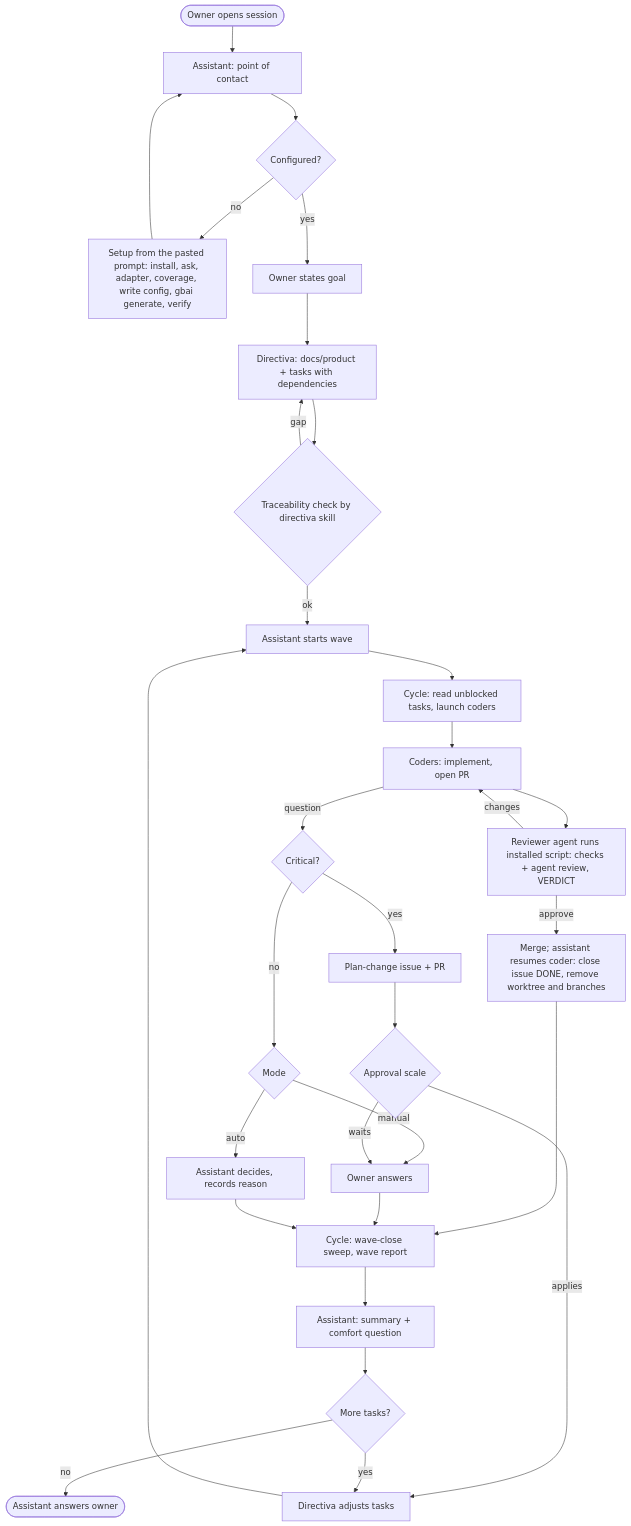
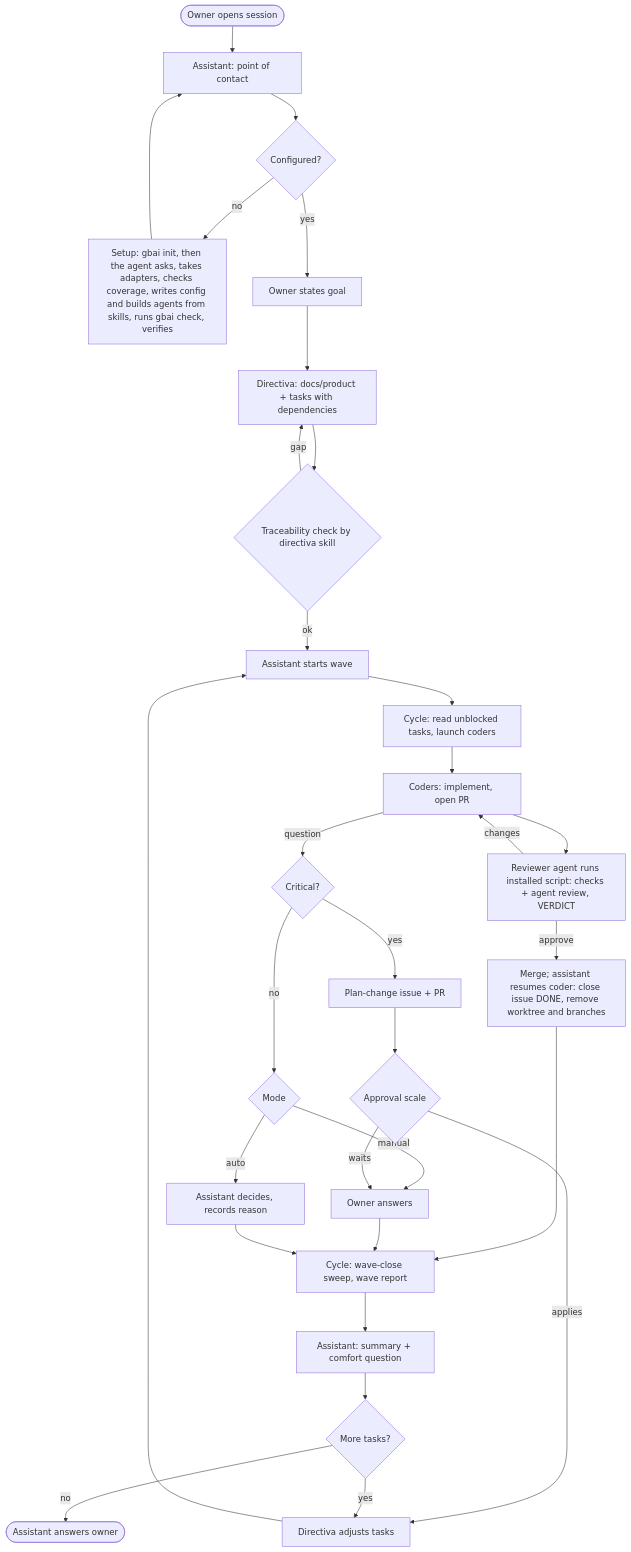
The diagram in docs/product/APP_FLOW.md (testeos-z/gabo-ai), drawn with Mermaid before and after one commit. The commit also changed other lines of this file and 5 other files, not shown here.

First line of the commit message:
docs(product): shrink the CLI to init, check and version; agents build from skills

````diff
--- a/docs/product/APP_FLOW.md
+++ b/docs/product/APP_FLOW.md
@@ -212,33 +218,33 @@
 ```mermaid
 flowchart TD
   start([Owner opens session]) --> asis[Assistant: point of contact]
   asis --> cfg{Configured?}
-  cfg -- no --> setup[Setup from the pasted prompt: install, ask, adapter, coverage, write config, gbai generate, verify]
+  cfg -- no --> setup[Setup: gbai init, then the agent asks, takes adapters, checks coverage, writes config and builds agents from skills, runs gbai check, verifies]
   setup --> asis
   cfg -- yes --> goal[Owner states goal]
   goal --> plan[Directiva: docs/product + tasks with dependencies]
   plan --> trace{Traceability check by directiva skill}
   trace -- gap --> plan
   trace -- ok --> wave[Assistant starts wave]
   wave --> cycle[Cycle: read unblocked tasks, launch coders]
   cycle --> coders[Coders: implement, open PR]
   coders --> review[Reviewer agent runs installed script: checks + agent review, VERDICT]
   review -- changes --> coders
   review -- approve --> taskclose[Merge; assistant resumes coder: close issue DONE, remove worktree and branches]
   taskclose --> report[Cycle: wave-close sweep, wave report]
   coders -- question --> q{Critical?}
   q -- no --> mode{Mode}
   mode -- manual --> owner[Owner answers]
   mode -- auto --> rec[Assistant decides, records reason]
   q -- yes --> pc[Plan-change issue + PR]
   pc --> scale{Approval scale}
   scale -- applies --> adjust
   scale -- waits --> owner
   owner --> report
   rec --> report
   report --> close[Assistant: summary + comfort question]
   close --> more{More tasks?}
   more -- yes --> adjust[Directiva adjusts tasks]
   adjust --> wave
   more -- no --> done([Assistant answers owner])
 ```
````
